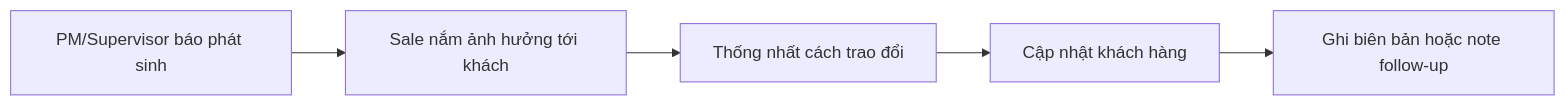
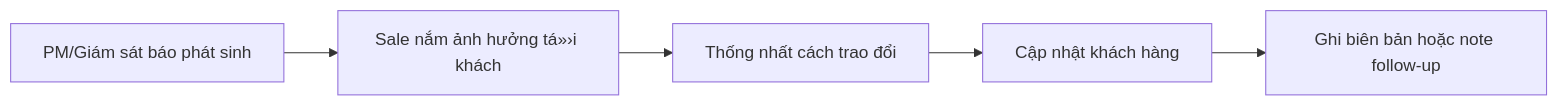
The sixth of 7 diagrams in documents/BA-V4/03-UI-UX-Design/Sale/User_Flows_Sale_v4.md (dungnt118/sira-thi-cong), drawn with Mermaid before and after one commit. The commit also changed other lines of this file and 56 other files, not shown here.

````diff
--- a/documents/BA-V4/03-UI-UX-Design/Sale/User_Flows_Sale_v4.md
+++ b/documents/BA-V4/03-UI-UX-Design/Sale/User_Flows_Sale_v4.md
@@ -71,7 +71,7 @@
 ```mermaid
 flowchart LR
-    A["PM/Supervisor báo phát sinh"] --> B["Sale nắm ảnh hưởng tới khách"]
+    A["PM/Giám sát báo phát sinh"] --> B["Sale nắm ảnh hưởng tá»›i khách"]
     B --> C["Thống nhất cách trao đổi"]
     C --> D["Cập nhật khách hàng"]
     D --> E["Ghi biên bản hoặc note follow-up"]
 ```
````
